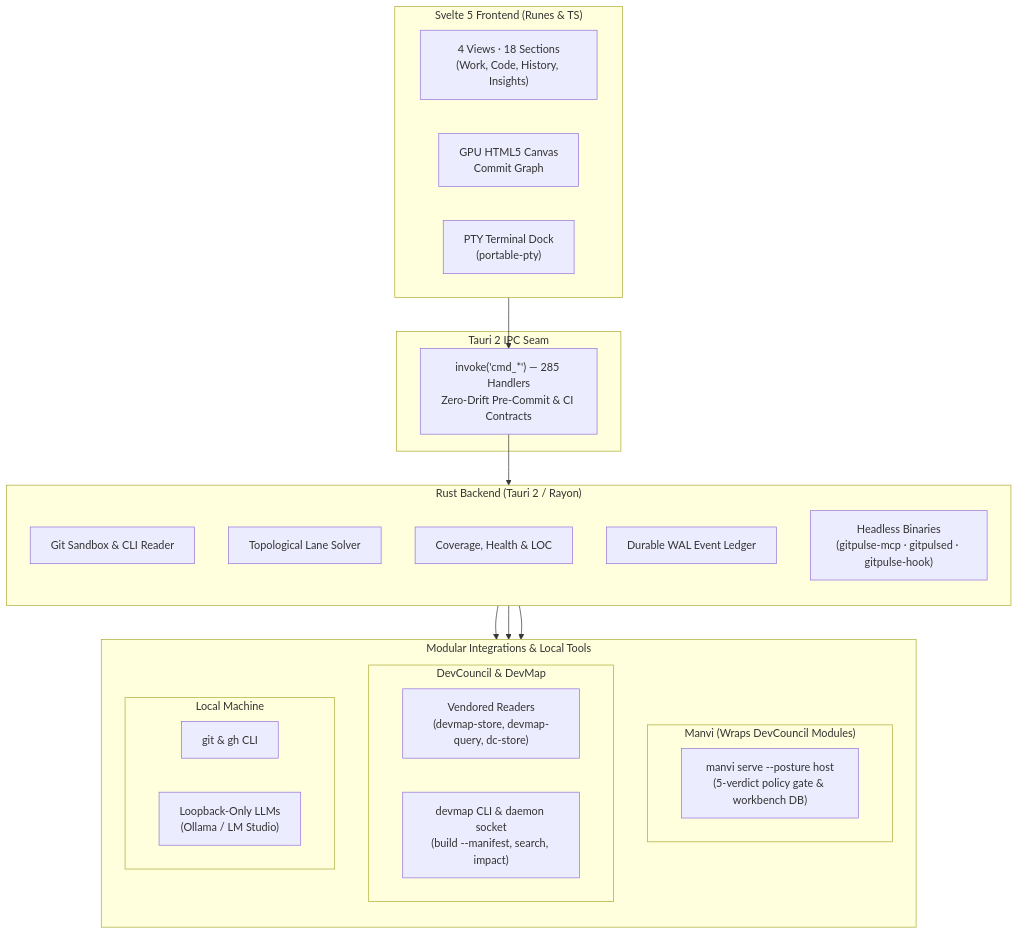
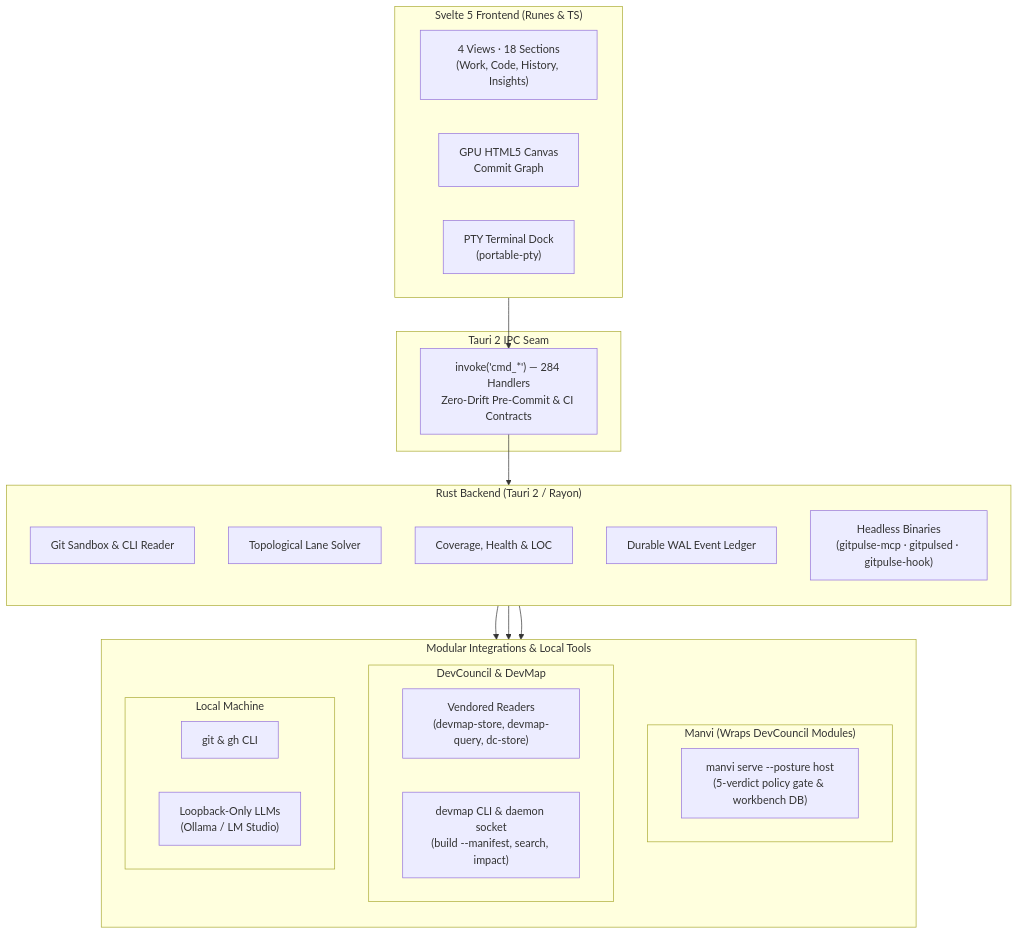
The diagram in README.md (bharathvbcr/GitPulse), drawn with Mermaid before and after one commit. The commit also changed 11 other files, not shown here.

````diff
--- a/README.md
+++ b/README.md
@@ -123,43 +123,43 @@
 ```mermaid
 flowchart TB
     subgraph Frontend["Svelte 5 Frontend (Runes & TS)"]
         direction LR
         Views["4 Views · 18 Sections<br/>(Work, Code, History, Insights)"]
         Canvas["GPU HTML5 Canvas<br/>Commit Graph"]
         TerminalDock["PTY Terminal Dock<br/>(portable-pty)"]
     end
 
     subgraph IPC["Tauri 2 IPC Seam"]
-        Bridge["invoke('cmd_*') — 285 Handlers<br/>Zero-Drift Pre-Commit & CI Contracts"]
+        Bridge["invoke('cmd_*') — 284 Handlers<br/>Zero-Drift Pre-Commit & CI Contracts"]
     end
 
     subgraph Backend["Rust Backend (Tauri 2 / Rayon)"]
         direction TB
         GitEngine["Git Sandbox & CLI Reader"]
         LaneSolver["Topological Lane Solver"]
         Analyzers["Coverage, Health & LOC"]
         Ledger["Durable WAL Event Ledger"]
         Headless["Headless Binaries<br/>(gitpulse-mcp · gitpulsed · gitpulse-hook)"]
     end
 
     subgraph Integrations["Modular Integrations & Local Tools"]
         direction TB
         subgraph ManviWrap["Manvi (Wraps DevCouncil Modules)"]
             ManviSidecar["manvi serve --posture host<br/>(5-verdict policy gate & workbench DB)"]
         end
         subgraph DevCouncilMods["DevCouncil & DevMap"]
             Vendored["Vendored Readers<br/>(devmap-store, devmap-query, dc-store)"]
             DevMapCLI["devmap CLI & daemon socket<br/>(build --manifest, search, impact)"]
         end
         subgraph LocalTools["Local Machine"]
             CLI["git & gh CLI"]
             LocalLLM["Loopback-Only LLMs<br/>(Ollama / LM Studio)"]
         end
     end
 
     Frontend --> Bridge
     Bridge --> Backend
     Backend --> ManviWrap
     Backend --> DevCouncilMods
     Backend --> LocalTools
 ```
````
